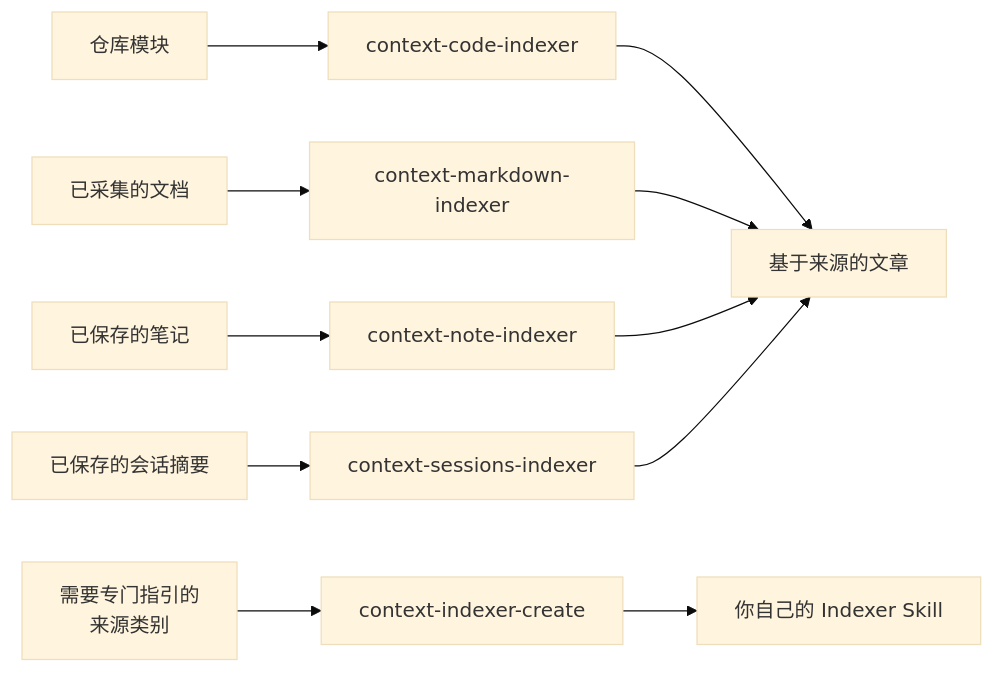
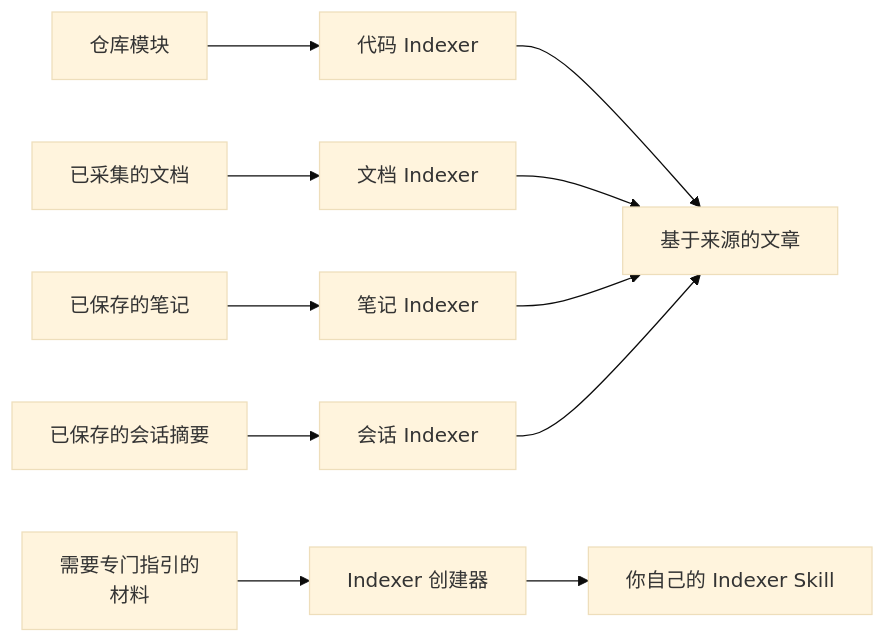
One commit to context4ai/portal changed the diagram in translations/zh-CN/sop/custom-indexers/community-indexers.md. Above: the diagram before and after it, drawn with Mermaid (base theme). The commit also changed other lines of this file and 129 other files, not shown here.

````diff
--- a/translations/zh-CN/sop/custom-indexers/community-indexers.md
+++ b/translations/zh-CN/sop/custom-indexers/community-indexers.md
@@ -18,13 +19,13 @@
 ```mermaid
 flowchart LR
-  repo["仓库模块"] --> code["context-code-indexer"]
-  docs["已采集的文档"] --> md["context-markdown-indexer"]
-  notes["已保存的笔记"] --> note["context-note-indexer"]
-  sess["已保存的会话摘要"] --> ses["context-sessions-indexer"]
+  repo["仓库模块"] --> code["代码 Indexer"]
+  docs["已采集的文档"] --> md["文档 Indexer"]
+  notes["已保存的笔记"] --> note["笔记 Indexer"]
+  sess["已保存的会话摘要"] --> ses["会话 Indexer"]
   code --> art["基于来源的文章"]
   md --> art
   note --> art
   ses --> art
-  family["需要专门指引的<br/>来源类别"] --> create["context-indexer-create"]
+  family["需要专门指引的<br/>材料"] --> create["Indexer 创建器"]
   create --> own["你自己的 Indexer Skill"]
 ```
````
